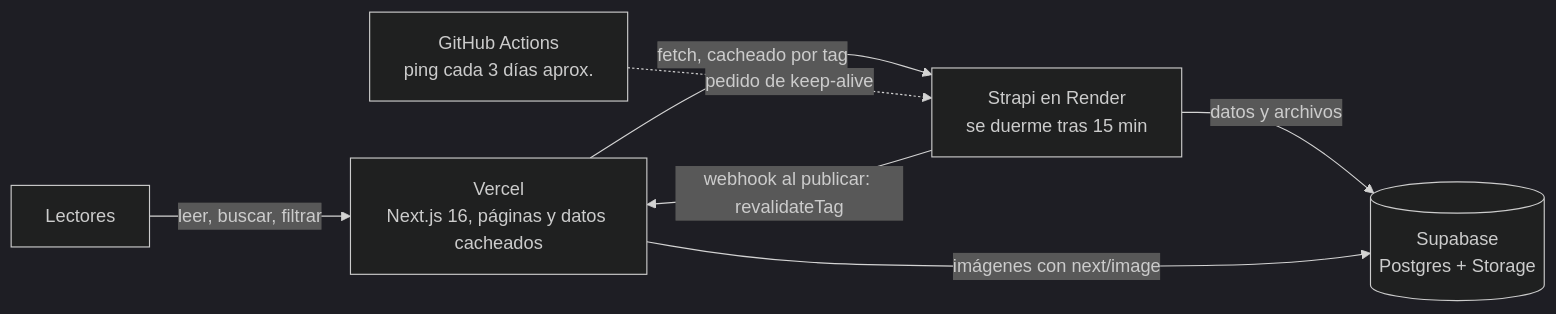
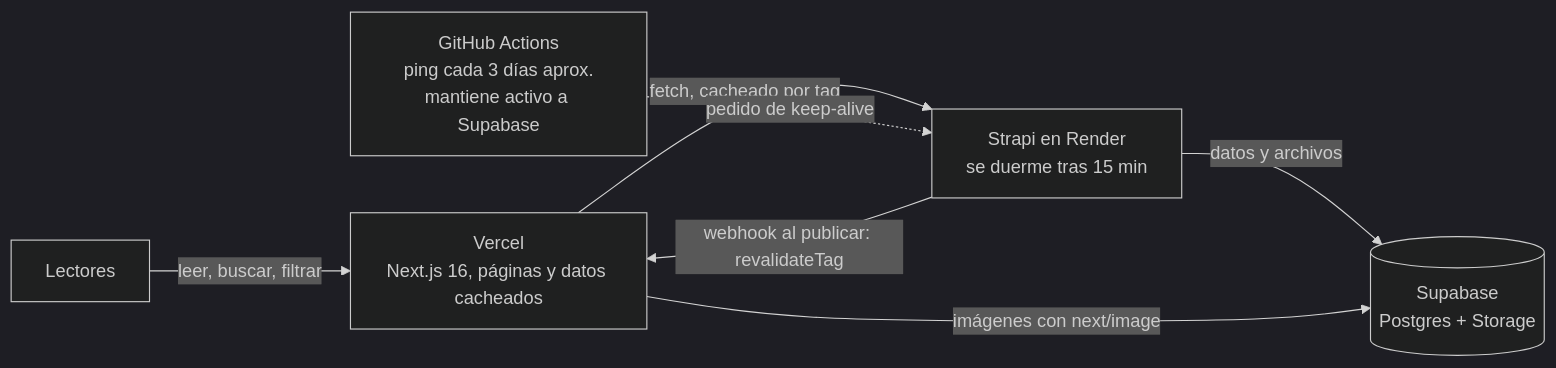
Before and after one commit to tatianadelsoglio/mini-blog-frontend: the diagram in README.es.md, drawn with Mermaid (dark theme). The commit also changed other lines of this file and 1 other file, not shown here.

````diff
--- a/README.es.md
+++ b/README.es.md
@@ -28,15 +28,15 @@
 ```mermaid
 flowchart LR
   lectores["Lectores"]
   vercel["Vercel<br/>Next.js 16, páginas y datos cacheados"]
   strapi["Strapi en Render<br/>se duerme tras 15 min"]
   supabase[("Supabase<br/>Postgres + Storage")]
-  actions["GitHub Actions<br/>ping cada 3 días aprox."]
+  actions["GitHub Actions<br/>ping cada 3 días aprox.<br/>mantiene activo a Supabase"]
 
   lectores -->|"leer, buscar, filtrar"| vercel
   vercel -->|"fetch, cacheado por tag"| strapi
   strapi -->|"webhook al publicar: revalidateTag"| vercel
   strapi -->|"datos y archivos"| supabase
   vercel -->|"imágenes con next/image"| supabase
   actions -.->|"pedido de keep-alive"| strapi
 ```
````
